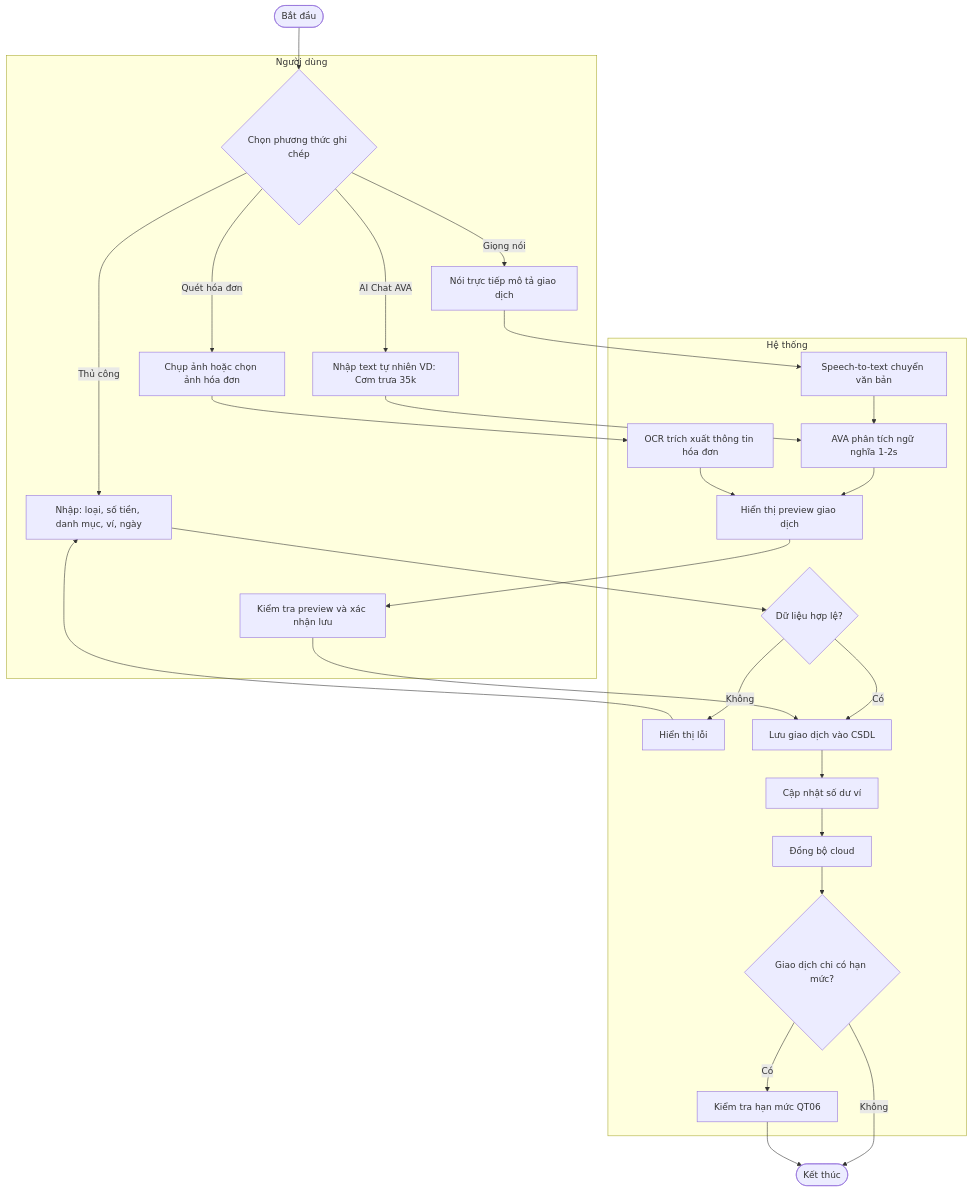
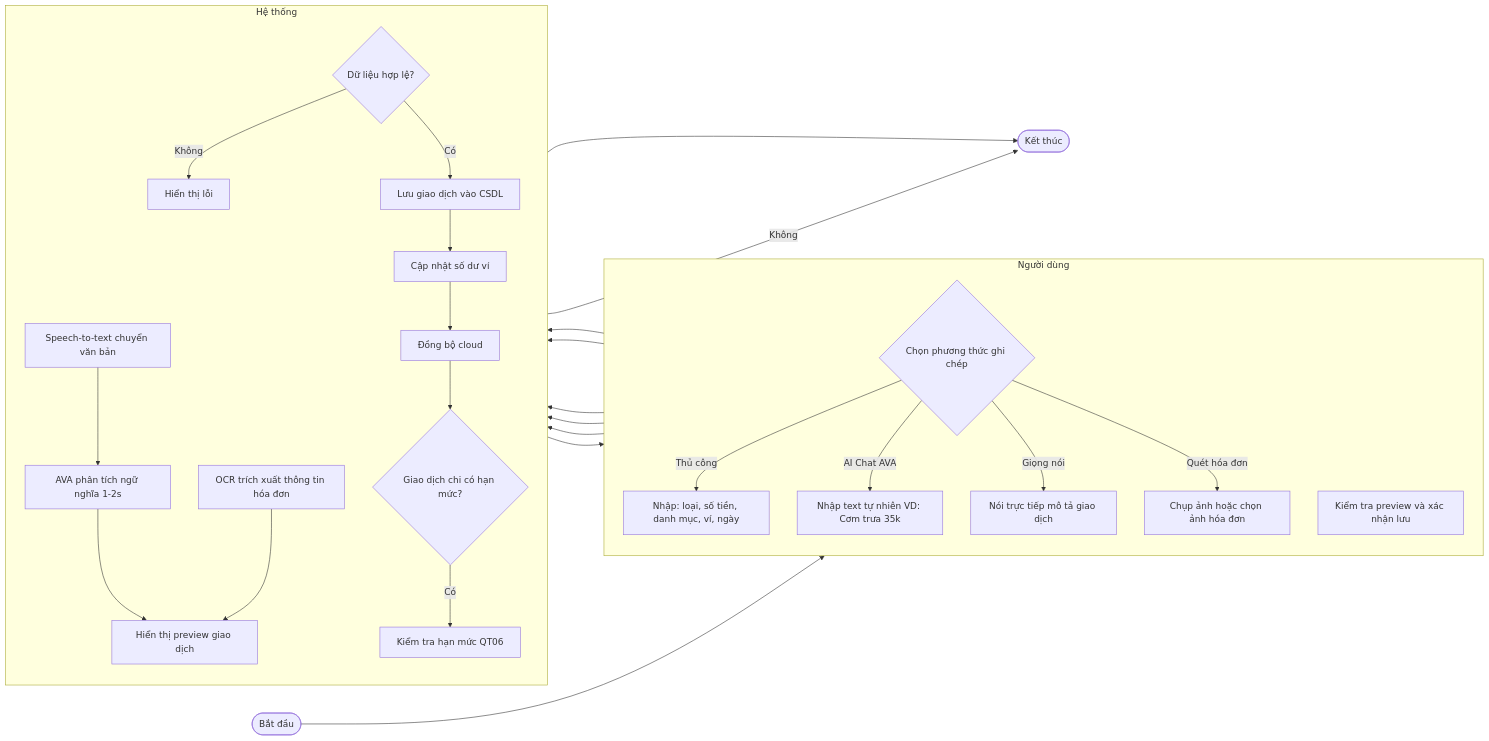
The fourth of 10 diagrams in Nghiên cứu MISA MoneyKeeper.md (Hieu-vn/Graduation-Thesis), drawn with Mermaid before and after one commit. The commit also changed other lines of this file, not shown here.

````diff
--- a/Nghiên cứu MISA MoneyKeeper.md
+++ b/Nghiên cứu MISA MoneyKeeper.md
@@ -192,52 +198,54 @@
 ```mermaid
-flowchart TD
+flowchart LR
     A([Bắt đầu])
 
     subgraph NguoiDung["Người dùng"]
+        direction TB
         B{Chọn phương thức ghi chép}
         C1[Nhập: loại, số tiền, danh mục, ví, ngày]
         C2[Nhập text tự nhiên VD: Cơm trưa 35k]
         C3[Nói trực tiếp mô tả giao dịch]
         C4[Chụp ảnh hoặc chọn ảnh hóa đơn]
         J[Kiểm tra preview và xác nhận lưu]
     end
 
     subgraph HeThong["Hệ thống"]
+        direction TB
         D1{Dữ liệu hợp lệ?}
         E1[Hiển thị lỗi]
         D2[AVA phân tích ngữ nghĩa 1-2s]
         D3[Speech-to-text chuyển văn bản]
         D4[OCR trích xuất thông tin hóa đơn]
         D5[Hiển thị preview giao dịch]
         F[Lưu giao dịch vào CSDL]
         G[Cập nhật số dư ví]
         G2[Đồng bộ cloud]
         H{Giao dịch chi có hạn mức?}
         I[Kiểm tra hạn mức QT06]
     end
 
     K([Kết thúc])
 
     A --> B
     B -->|Thủ công| C1
     B -->|AI Chat AVA| C2
     B -->|Giọng nói| C3
     B -->|Quét hóa đơn| C4
     C1 --> D1
-    D1 -->|Không| E1 --> C1
+    D1 -->|Không| E1
     D1 -->|Có| F
     C2 --> D2
     D2 --> D5
     C3 --> D3
     D3 --> D2
     C4 --> D4
     D4 --> D5
     D5 --> J
     J --> F
     F --> G
     G --> G2
     G2 --> H
     H -->|Có| I
     H -->|Không| K
     I --> K
 ```
````
